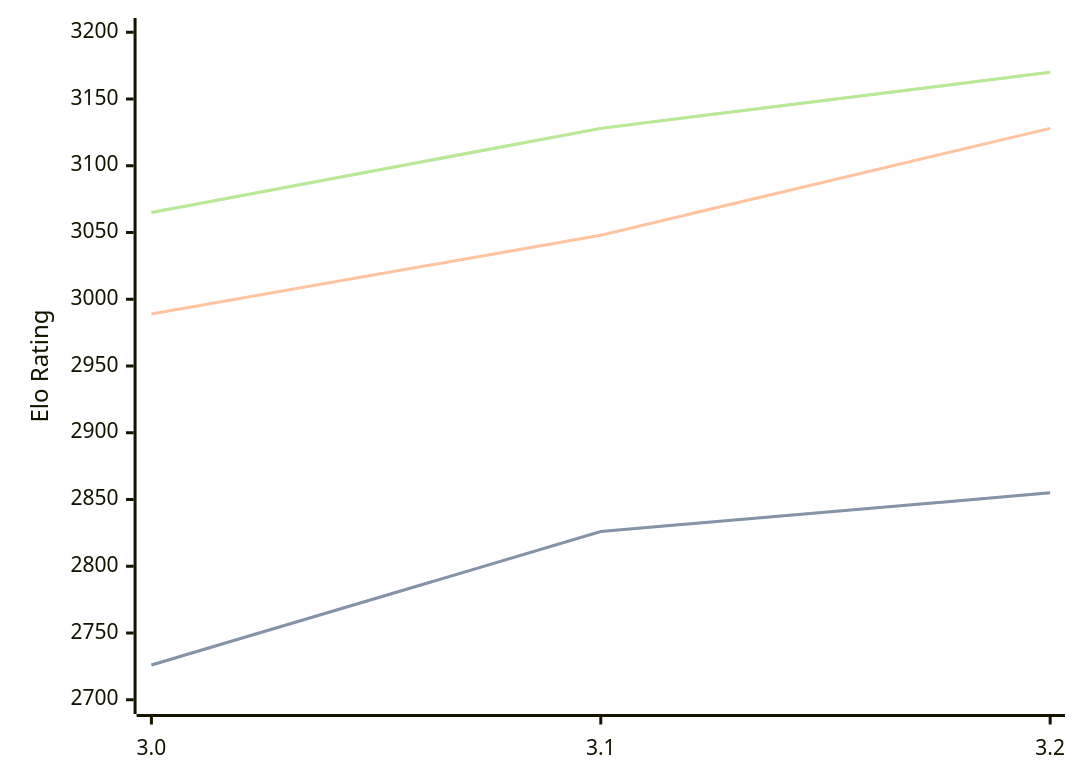
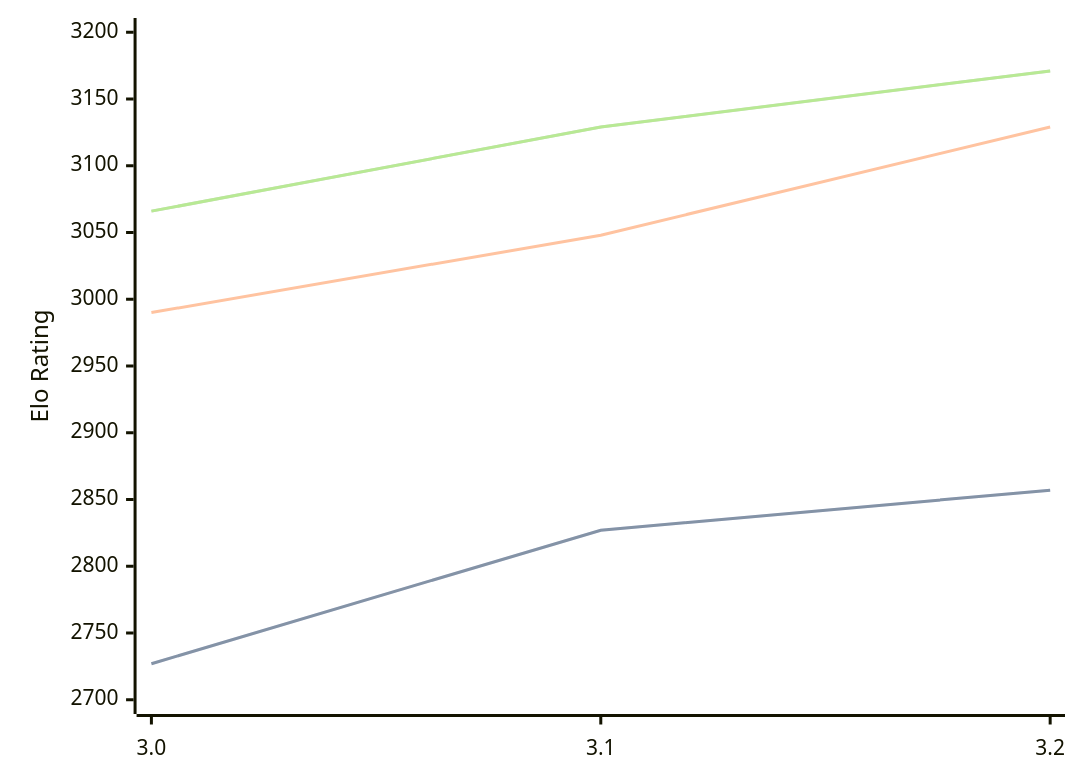
The diagram in engines/Vajolet2.md (computer-chess-index/cci), drawn with Mermaid before and after one commit. The commit also changed other lines of this file, not shown here.

Commit message:
Update CCI Ratings (ELO VLTC) - 2026-08-26

````diff
--- a/engines/Vajolet2.md
+++ b/engines/Vajolet2.md
@@ -33,11 +33,11 @@
 ```mermaid
 %%{init: {"theme":"base","themeVariables":{"seriesColors:['#a3a3a3','#222221','#faa371']}}}%%
 xychart-beta
   x-axis ["3.0", "3.1", "3.2"]
   y-axis "Elo Rating" 2700 --> 3200
-  line "STC (8.0+0.08s)" [2726, 2826, 2855]
-  line "STC (8.0+0.08s)" [2726, 2826, 2855]
-  line "LTC (60.0+0.60s)" [2989, 3048, 3128]
-  line "VLTC (2m24s+1.12s)" [3065, 3128, 3170]
-  line "VLTC (2m24s+1.12s)" [3065, 3128, 3170]
+  line "STC (8.0+0.08s)" [2727, 2827, 2857]
+  line "STC (8.0+0.08s)" [2727, 2827, 2857]
+  line "LTC (60.0+0.60s)" [2990, 3048, 3129]
+  line "VLTC (2m24s+1.12s)" [3066, 3129, 3171]
+  line "VLTC (2m24s+1.12s)" [3066, 3129, 3171]
 ```
````
